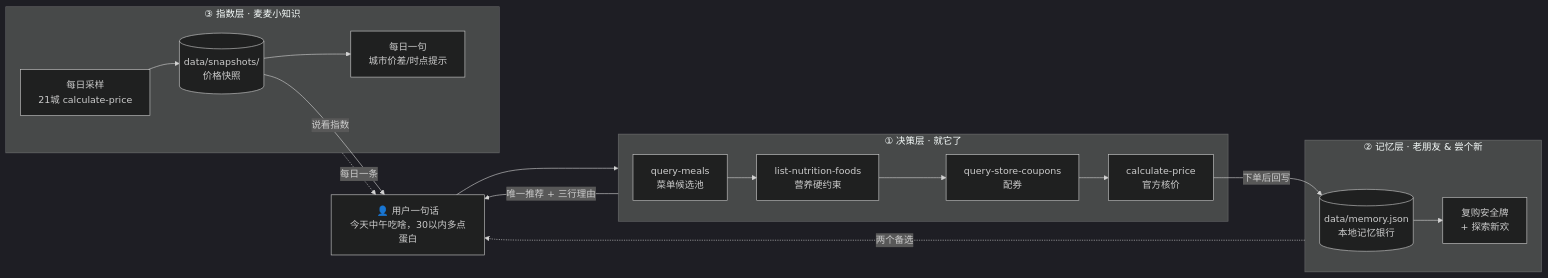
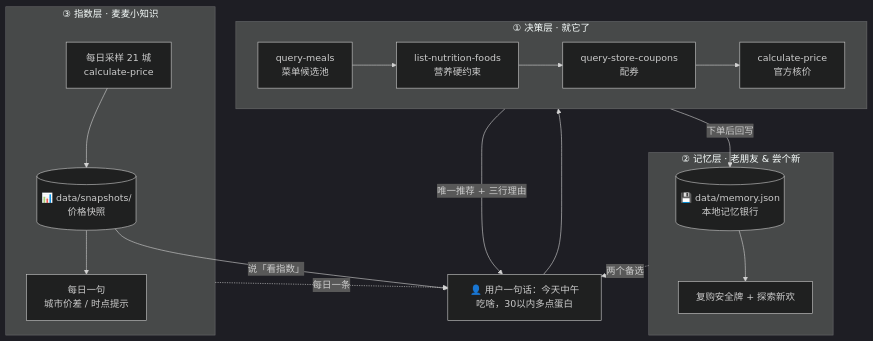
Before and after one commit to zhuxian518/mcd-1024-skill: the diagram in README.md, drawn with Mermaid (dark theme).

Commit message:
docs: 架构图改为纵向布局

````diff
--- a/README.md
+++ b/README.md
@@ -36,23 +36,24 @@
 ```mermaid
-flowchart LR
-    U["👤 用户一句话<br/>今天中午吃啥，30以内多点蛋白"]
+flowchart TB
+    U["👤 用户一句话：今天中午吃啥，30以内多点蛋白"]
 
     subgraph L1["① 决策层 · 就它了"]
+        direction LR
         A1["query-meals<br/>菜单候选池"] --> A2["list-nutrition-foods<br/>营养硬约束"] --> A3["query-store-coupons<br/>配券"] --> A4["calculate-price<br/>官方核价"]
     end
 
     subgraph L2["② 记忆层 · 老朋友 & 尝个新"]
-        B1[("data/memory.json<br/>本地记忆银行")] --> B2["复购安全牌<br/>+ 探索新欢"]
+        B1[("💾 data/memory.json<br/>本地记忆银行")] --> B2["复购安全牌 + 探索新欢"]
     end
 
     subgraph L3["③ 指数层 · 麦麦小知识"]
-        C1["每日采样<br/>21城 calculate-price"] --> C2[("data/snapshots/<br/>价格快照")] --> C3["每日一句<br/>城市价差/时点提示"]
+        C1["每日采样 21 城<br/>calculate-price"] --> C2[("📊 data/snapshots/<br/>价格快照")] --> C3["每日一句<br/>城市价差 / 时点提示"]
     end
 
     U --> L1
     L1 -->|"唯一推荐 + 三行理由"| U
     L2 -.->|"两个备选"| U
     L3 -.->|"每日一条"| U
     A4 -->|"下单后回写"| B1
-    C2 -->|"说看指数"| U
+    C2 -->|"说「看指数」"| U
 ```
````
